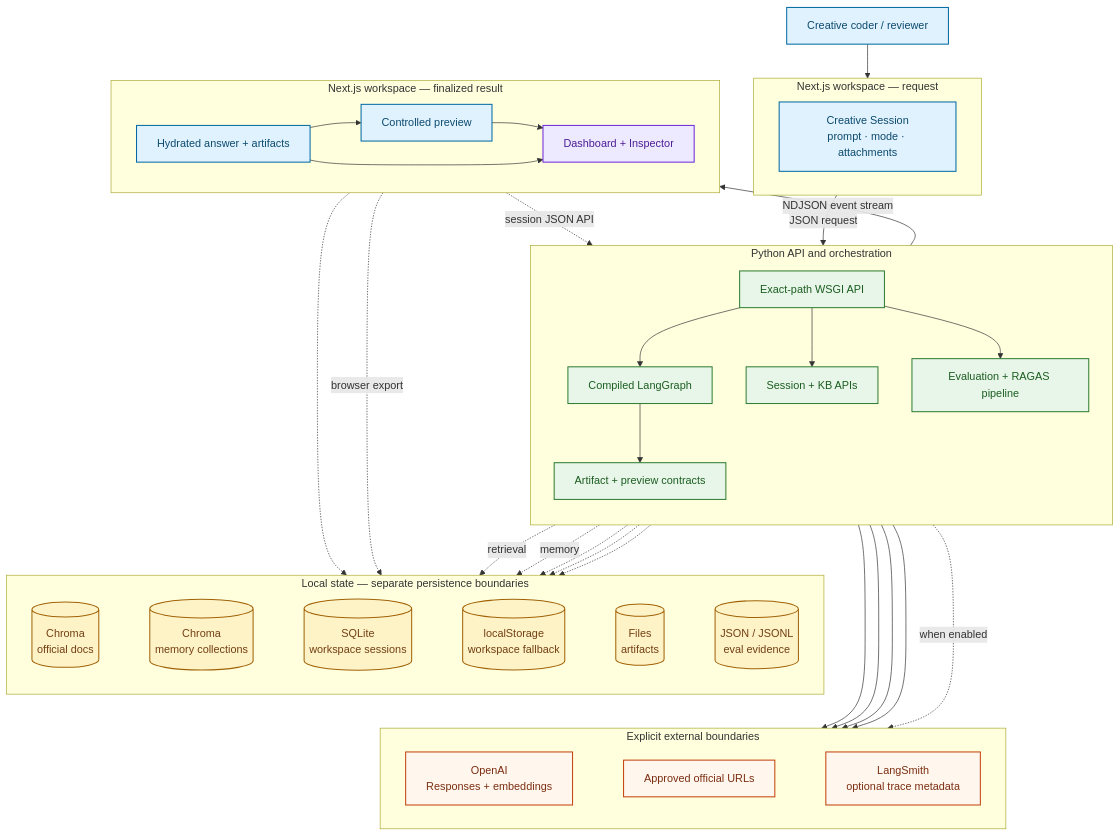
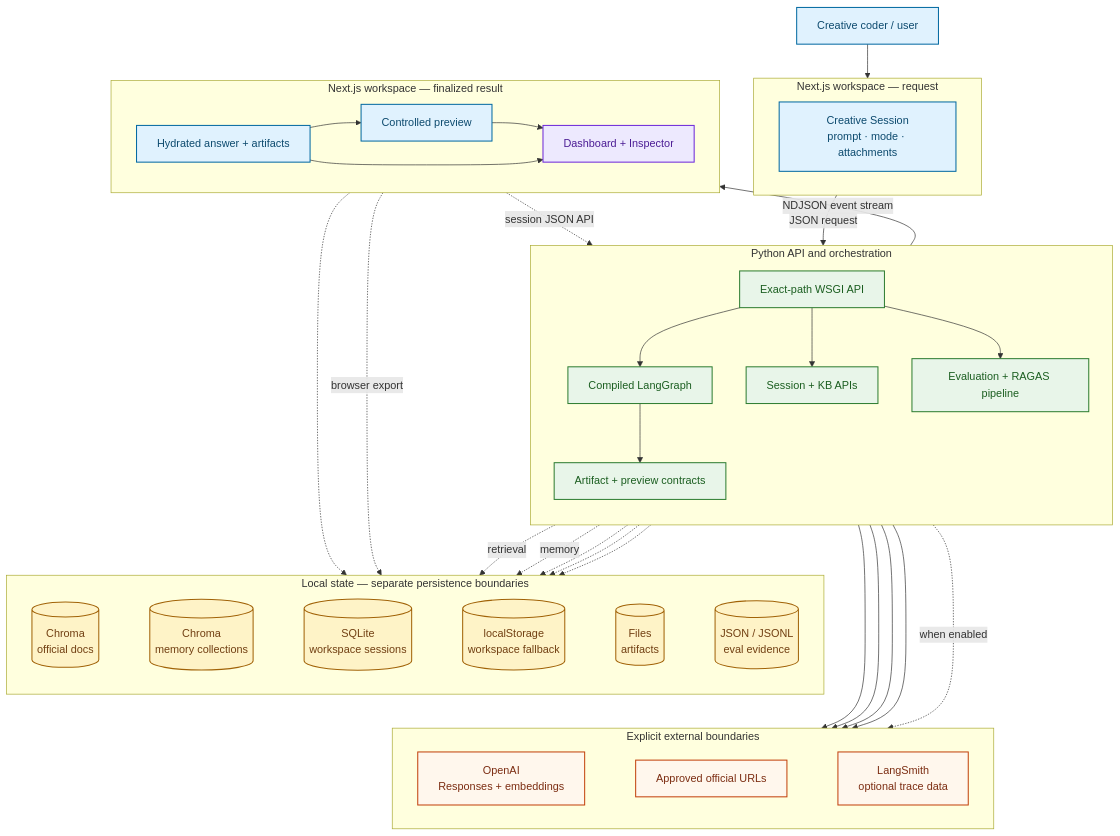
Before and after one commit to lmguerrini/creative-coding-assistant: the diagram in README.md, drawn with Mermaid. The commit also changed other lines of this file and 88 other files, not shown here.

````diff
--- a/README.md
+++ b/README.md
@@ -103,80 +155,80 @@
 ```mermaid
 flowchart TB
     classDef client fill:#E0F2FE,stroke:#0369A1,color:#0C4A6E,stroke-width:1.5px
     classDef runtime fill:#E8F5E9,stroke:#2E7D32,color:#1B5E20,stroke-width:1.5px
     classDef store fill:#FEF3C7,stroke:#A16207,color:#713F12,stroke-width:1.5px
     classDef external fill:#FFF7ED,stroke:#C2410C,color:#7C2D12,stroke-width:1.5px
     classDef evidence fill:#EDE9FE,stroke:#6D28D9,color:#4C1D95,stroke-width:1.5px
 
-    user["Creative coder / reviewer"]:::client
+    user["Creative coder / user"]:::client
 
     subgraph request["Next.js workspace — request"]
         direction LR
         composer["Creative Session<br/>prompt · mode · attachments"]:::client
     end
 
     subgraph backend["Python API and orchestration"]
         direction TB
         api["Exact-path WSGI API"]:::runtime
         workflow["Compiled LangGraph"]:::runtime
         artifact["Artifact + preview contracts"]:::runtime
         services["Session + KB APIs"]:::runtime
         evaluation["Evaluation + RAGAS pipeline"]:::runtime
 
         api --> workflow --> artifact
         api --> services
         api --> evaluation
     end
 
     subgraph result["Next.js workspace — finalized result"]
         direction LR
         hydrate["Hydrated answer + artifacts"]:::client
         preview["Controlled preview"]:::client
         surfaces["Dashboard + Inspector"]:::evidence
 
         hydrate --> preview --> surfaces
         hydrate --> surfaces
     end
 
     subgraph state["Local state — separate persistence boundaries"]
         direction LR
         official_chroma[("Chroma<br/>official docs")]:::store
         memory_chroma[("Chroma<br/>memory collections")]:::store
         sqlite[("SQLite<br/>workspace sessions")]:::store
         browser_cache[("localStorage<br/>workspace fallback")]:::store
         artifact_files[("Files<br/>artifacts")]:::store
         eval_files[("JSON / JSONL<br/>eval evidence")]:::store
 
         official_chroma ~~~ memory_chroma ~~~ sqlite ~~~ browser_cache ~~~ artifact_files ~~~ eval_files
     end
 
     subgraph providers["Explicit external boundaries"]
         direction LR
         openai["OpenAI<br/>Responses + embeddings"]:::external
         official["Approved official URLs"]:::external
-        langsmith["LangSmith<br/>optional trace metadata"]:::external
+        langsmith["LangSmith<br/>optional trace data"]:::external
 
         openai ~~~ official ~~~ langsmith
     end
 
     user --> composer
     composer -->|"JSON request"| api
     api -->|"NDJSON event stream"| hydrate
 
     workflow -. "retrieval" .-> official_chroma
     workflow -. "memory" .-> memory_chroma
     services -.-> official_chroma
     services -.-> sqlite
     hydrate -. "session JSON API" .-> api
     hydrate -.-> browser_cache
     hydrate -. "browser export" .-> artifact_files
     evaluation -.-> eval_files
 
     workflow --> openai
     services --> openai
     services --> official
     evaluation --> openai
     workflow -. "when enabled" .-> langsmith
 
     eval_files ~~~ openai
 ```
````
